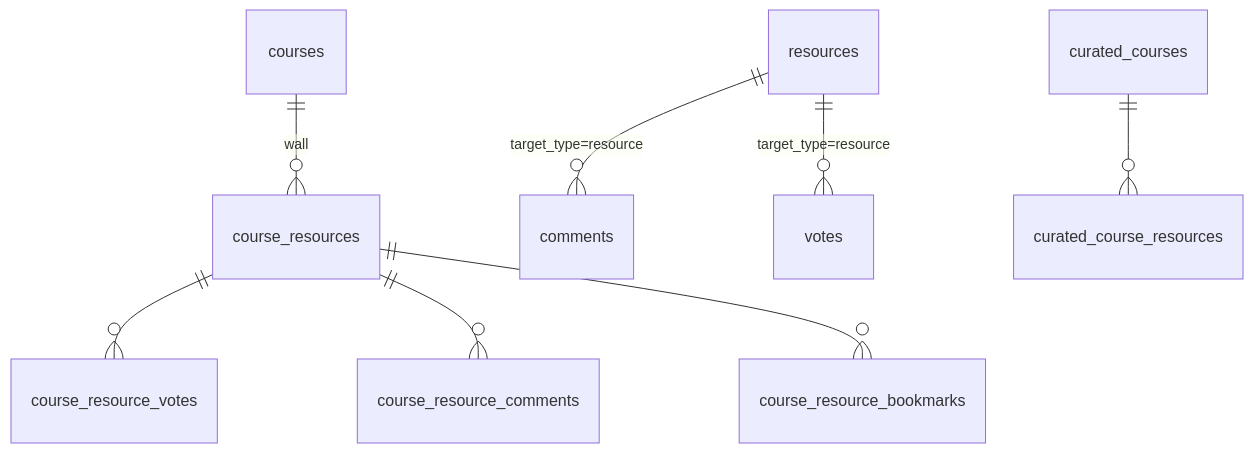
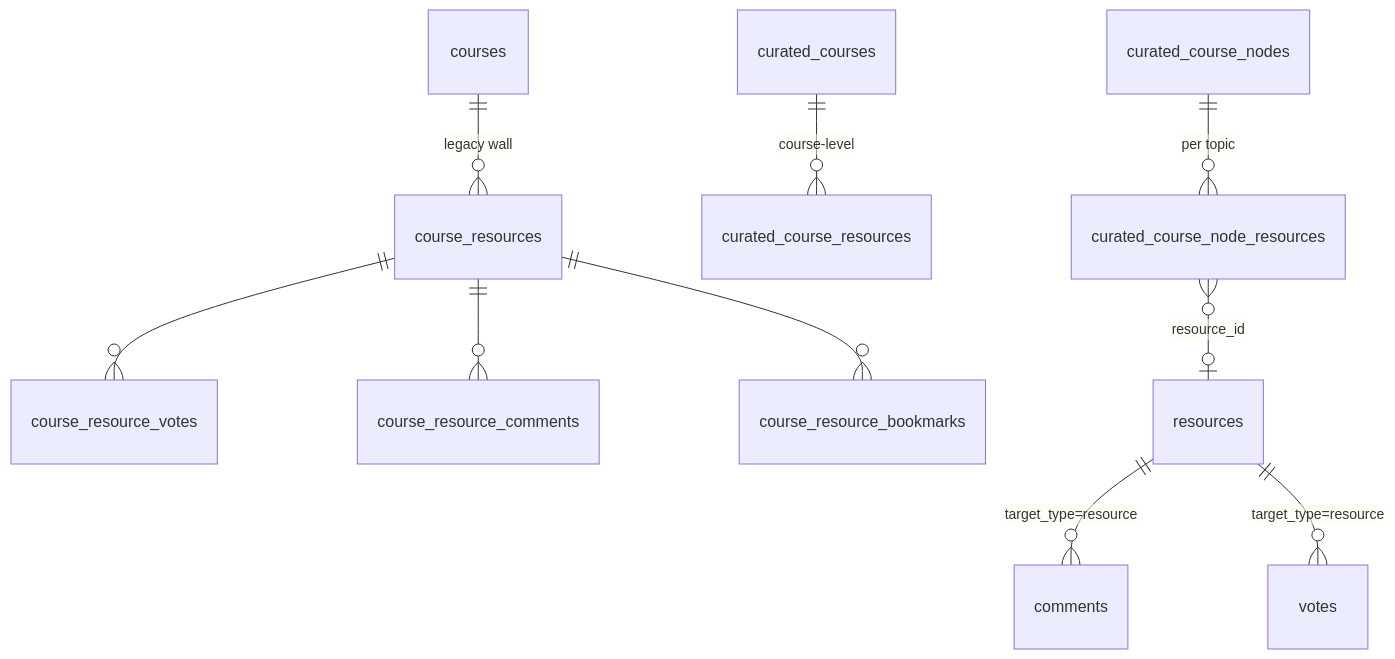
Before and after one commit to coursetexts/notion-site: the third of 7 diagrams in docs/database.md, drawn with Mermaid. The commit also changed other lines of this file and 80 other files, not shown here.

````diff
--- a/docs/database.md
+++ b/docs/database.md
@@ -158,12 +196,14 @@
 ```mermaid
 erDiagram
-  courses ||--o{ course_resources : "wall"
+  courses ||--o{ course_resources : "legacy wall"
   course_resources ||--o{ course_resource_votes : ""
   course_resources ||--o{ course_resource_comments : ""
   course_resources ||--o{ course_resource_bookmarks : ""
 
   resources ||--o{ comments : "target_type=resource"
   resources ||--o{ votes : "target_type=resource"
 
-  curated_courses ||--o{ curated_course_resources : ""
+  curated_courses ||--o{ curated_course_resources : "course-level"
+  curated_course_nodes ||--o{ curated_course_node_resources : "per topic"
+  curated_course_node_resources }o--o| resources : "resource_id"
 ```
````
